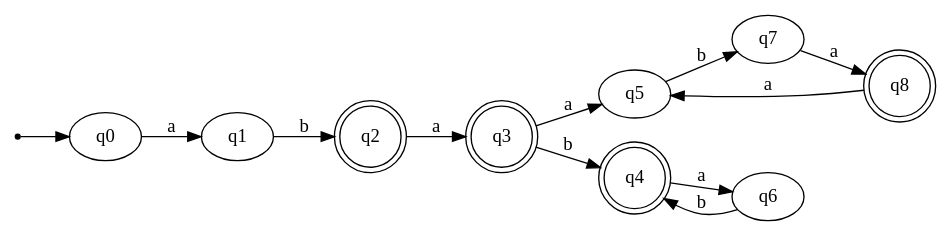
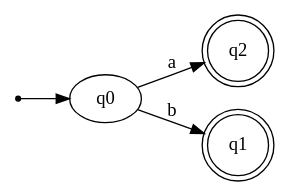
One commit to eabalestra/nondeterministic-finite-automaton changed the diagram in example-automatons/automata_dfa.dot. Above: the diagram before and after it, drawn with Graphviz. The commit also changed 5 other files, not shown here.

```diff
--- a/example-automatons/automata_dfa.dot
+++ b/example-automatons/automata_dfa.dot
@@ -1,42 +1,18 @@
 digraph{
     rankdir=LR;
     inic[shape=point];
 
     inic->q0;
 
-    q0->q1 [label="a"];
-    q1->q2 [label="b"];
-    q2->q3 [label="a"];
+    q0->q2 [label="a"];
+    q0->q1 [label="b"];
+
+    q1[shape=doublecircle]
 
     q2[shape=doublecircle]
-    q3->q5 [label="a"];
-    q3->q4 [label="b"];
+}
+//State q0: {0, 1, 2}
 
-    q3[shape=doublecircle]
-    q4->q6 [label="a"];
+//State q1: {4, 5}
 
-    q4[shape=doublecircle]
-    q5->q7 [label="b"];
-    q6->q4 [label="b"];
-    q7->q8 [label="a"];
-    q8->q5 [label="a"];
-
-    q8[shape=doublecircle]
-}
-//State q0: {0, 1, 4}
-
-//State q1: {2, 5}
-
-//State q2: {3, 6}
-
-//State q3: {2, 7}
-
-//State q4: {3}
-
-//State q5: {5}
-
-//State q6: {2}
-
-//State q7: {6}
-
-//State q8: {7}
+//State q2: {3, 5}
```
